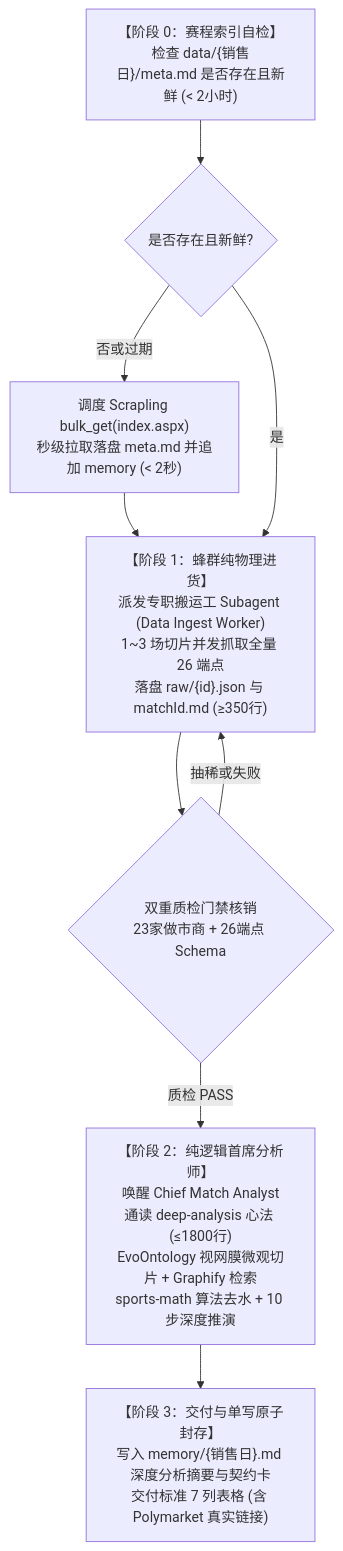
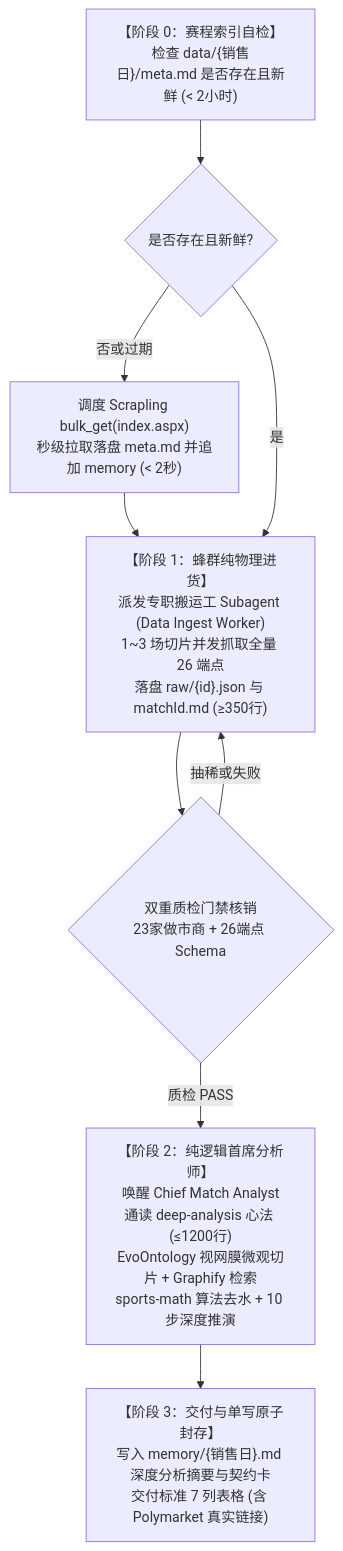
The third of 4 diagrams in README.md (i0ivi0i/supodds), drawn with Mermaid before and after one commit. The commit also changed other lines of this file and 8 other files, not shown here.

````diff
--- a/README.md
+++ b/README.md
@@ -100,18 +139,18 @@
 ```mermaid
 flowchart TD
     Z["【阶段 0：赛程索引自检】<br/>检查 data/{销售日}/meta.md 是否存在且新鲜 (< 2小时)"]
     Z_NO{"是否存在且新鲜?"}
     Z_GET["调度 Scrapling bulk_get(index.aspx)<br/>秒级拉取落盘 meta.md 并追加 memory (< 2秒)"]
     P1["【阶段 1：蜂群纯物理进货】<br/>派发专职搬运工 Subagent (Data Ingest Worker)<br/>1~3 场切片并发抓取全量 26 端点<br/>落盘 raw/{id}.json 与 matchId.md (≥350行)"]
     P1_GATE{"双重质检门禁核销<br/>23家做市商 + 26端点 Schema"}
-    P2["【阶段 2：纯逻辑首席分析师】<br/>唤醒 Chief Match Analyst<br/>通读 deep-analysis 心法 (≤1800行)<br/>EvoOntology 视网膜微观切片 + Graphify 检索<br/>sports-math 算法去水 + 10 步深度推演"]
+    P2["【阶段 2：纯逻辑首席分析师】<br/>唤醒 Chief Match Analyst<br/>通读 deep-analysis 心法 (≤1200行)<br/>EvoOntology 视网膜微观切片 + Graphify 检索<br/>sports-math 算法去水 + 10 步深度推演"]
     OUT["【阶段 3：交付与单写原子封存】<br/>写入 memory/{销售日}.md 深度分析摘要与契约卡<br/>交付标准 7 列表格 (含 Polymarket 真实链接)"]
 
     Z --> Z_NO
     Z_NO -- 否或过期 --> Z_GET --> P1
     Z_NO -- 是 --> P1
     P1 --> P1_GATE
     P1_GATE -- 质检 PASS --> P2
     P1_GATE -- 抽稀或失败 --> P1
     P2 --> OUT
 ```
````
